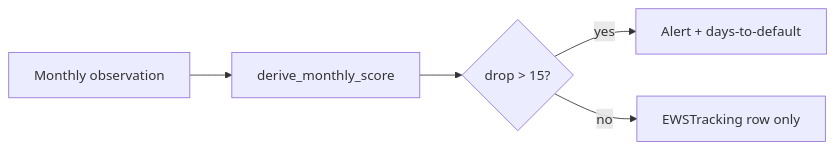
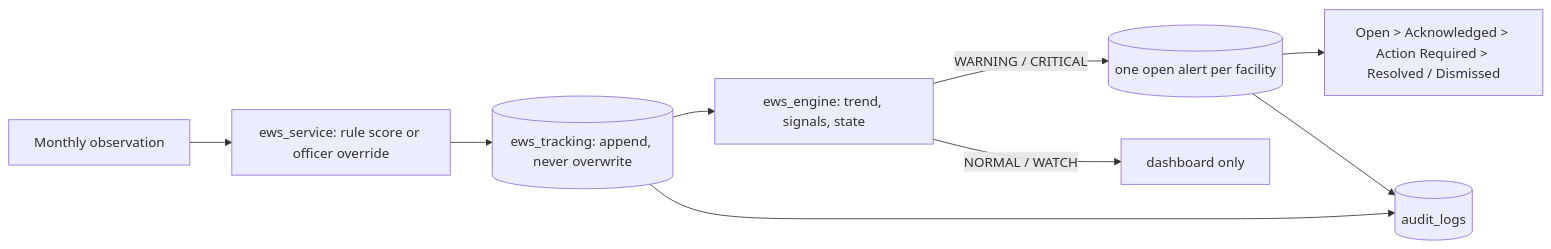
Before and after one commit to Idreesi8/ForiFlow: the sixth of 7 diagrams in docs/architecture.md, drawn with Mermaid. The commit also changed other lines of this file and 44 other files, not shown here.

First line of the commit message:
Release 2.1.0: EWS history, provenance, trend, signals and alert lifecycle

````diff
--- a/docs/architecture.md
+++ b/docs/architecture.md
@@ -367,7 +368,11 @@
 ```mermaid
 flowchart LR
-    month[Monthly observation] --> derive[derive_monthly_score]
-    derive --> drop{drop > 15?}
-    drop -->|yes| alert[Alert + days-to-default]
-    drop -->|no| track[EWSTracking row only]
+    month[Monthly observation] --> score[ews_service: rule score or officer override]
+    score --> store[(ews_tracking: append, never overwrite)]
+    store --> engine[ews_engine: trend, signals, state]
+    engine -->|WARNING / CRITICAL| alert[(one open alert per facility)]
+    engine -->|NORMAL / WATCH| list[dashboard only]
+    alert --> life[Open > Acknowledged > Action Required > Resolved / Dismissed]
+    store --> audit[(audit_logs)]
+    alert --> audit
 ```
````
